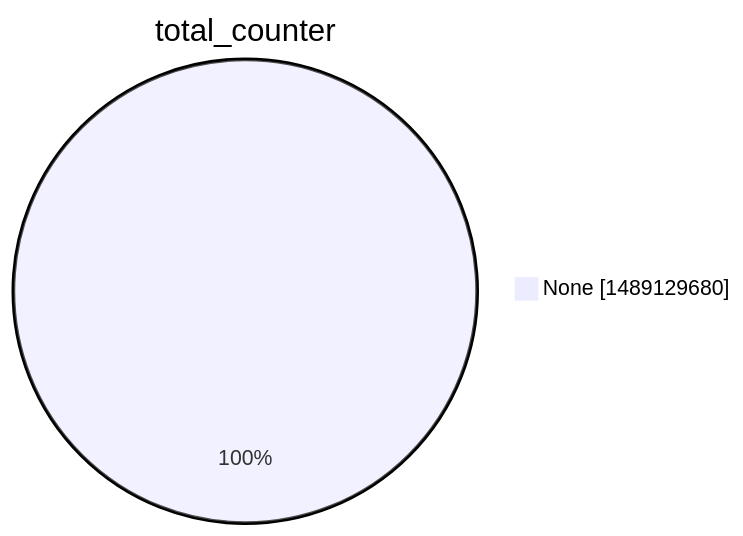
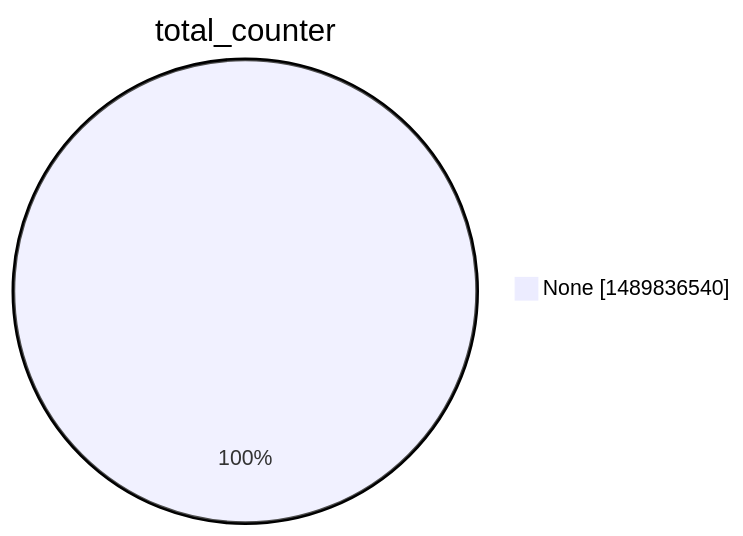
Before and after one commit to christiankrug/ctmonitor_visualization: the second of 15 diagrams in argon2022/README.md, drawn with Mermaid. The commit also changed other lines of this file, not shown here.

````diff
--- a/argon2022/README.md
+++ b/argon2022/README.md
@@ -9,5 +9,5 @@
 ```mermaid
 pie showData
 title total_counter
-"None" :1489129680
+"None" :1489836540
 ```
````
